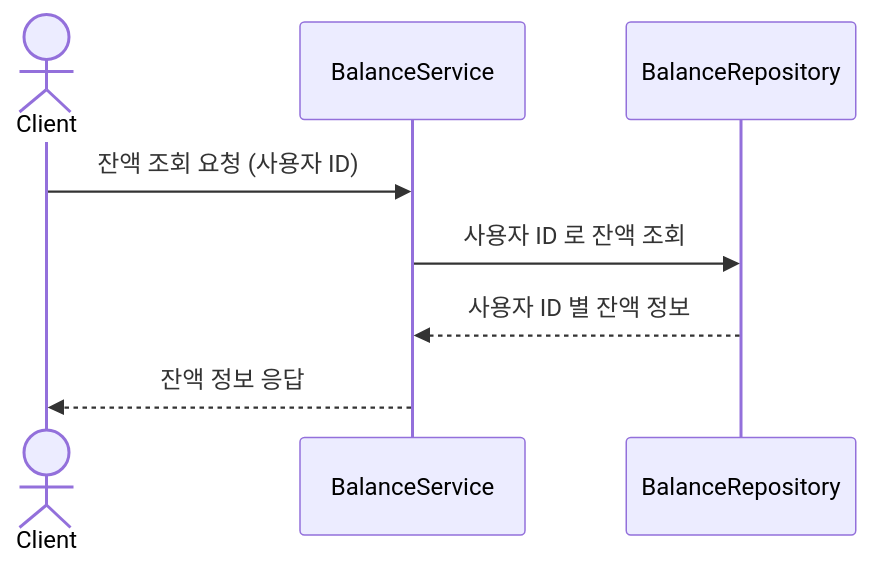
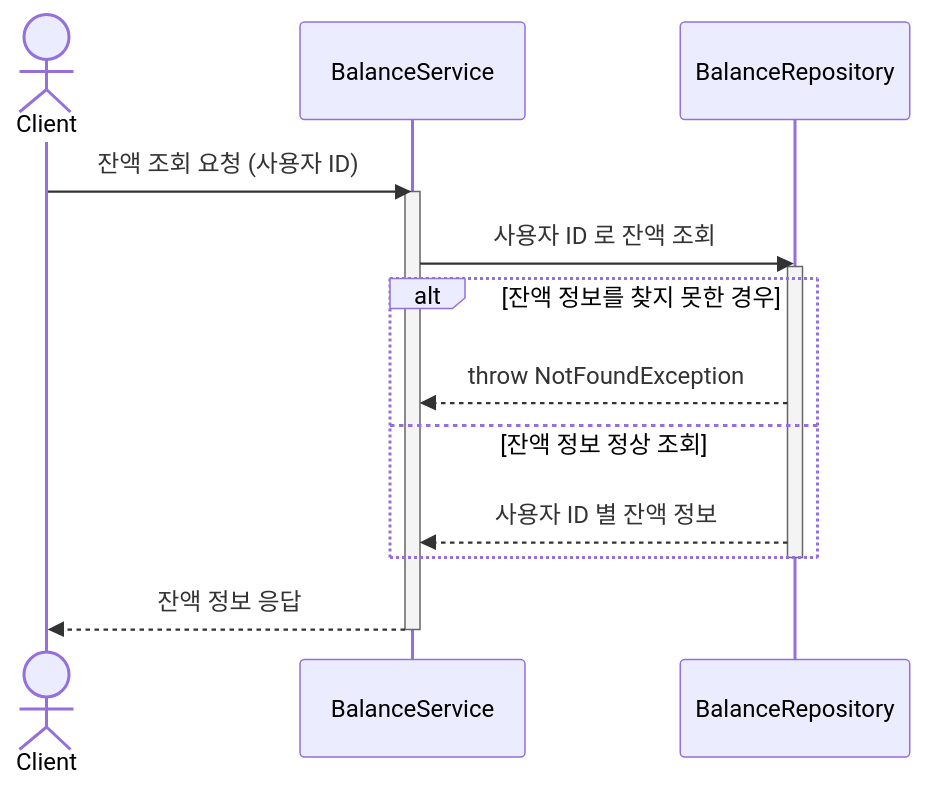
One commit to lgm1007/hhplus_ecommerce changed the second of 10 diagrams in docs/SEQUENCE_DIAGRAM.md. Above: the diagram before and after it, drawn with Mermaid. The commit also changed other lines of this file, not shown here.

Commit message:
docs: 시퀀스 다이어그램 내용 수정

````diff
--- a/docs/SEQUENCE_DIAGRAM.md
+++ b/docs/SEQUENCE_DIAGRAM.md
@@ -36,11 +36,19 @@
 ```mermaid
 sequenceDiagram
     actor Client
     participant BalanceService
     participant BalanceRepository
 
     Client ->> BalanceService: 잔액 조회 요청 (사용자 ID)
+    activate BalanceService
     BalanceService ->> BalanceRepository: 사용자 ID 로 잔액 조회
-    BalanceRepository -->> BalanceService: 사용자 ID 별 잔액 정보
+    activate BalanceRepository
+    alt 잔액 정보를 찾지 못한 경우
+        BalanceRepository -->> BalanceService: throw NotFoundException
+    else 잔액 정보 정상 조회
+        BalanceRepository -->> BalanceService: 사용자 ID 별 잔액 정보
+    end
+    deactivate BalanceRepository
     BalanceService -->> Client: 잔액 정보 응답
+    deactivate BalanceService
 ```
````
